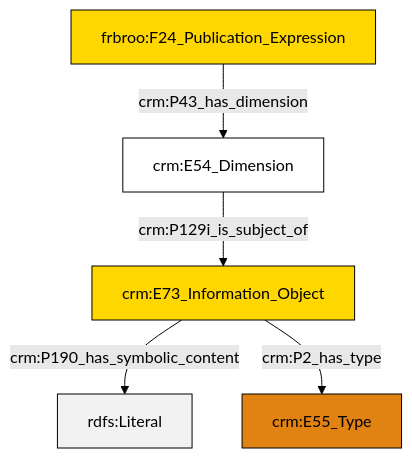
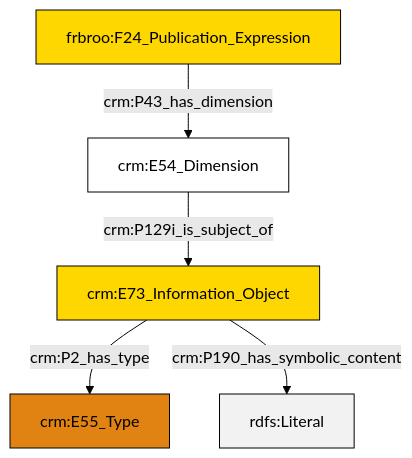
One commit to swiss-art-research-net/docs.swissartresearch changed the diagram in et/biblioCSV/ttl/mmd/biblio_substance.ttl.mmd. Above: the diagram before and after it, drawn with Mermaid (forest theme). The commit also changed 180 other files, not shown here.

```diff
--- a/et/biblioCSV/ttl/mmd/biblio_substance.ttl.mmd
+++ b/et/biblioCSV/ttl/mmd/biblio_substance.ttl.mmd
@@ -1,19 +1,19 @@
 graph TD
 classDef Literal fill:#f2f2f2,stroke:#000000;
 classDef CRM_Entity fill:#FFFFFF,stroke:#000000;
 classDef Temporal_Entity fill:#00C9E6, stroke:#000000;
 classDef Type fill:#E18312, stroke:#000000;
 classDef Time-Span fill:#2C9C91, stroke:#000000;
 classDef Appellation fill:#FFEB7F, stroke:#000000;
 classDef Place fill:#008836, stroke:#000000;
 classDef Persistent_Item fill:#B266B2, stroke:#000000;
 classDef Conceptual_Object fill:#FFD700, stroke:#000000;
 classDef Physical_Thing fill:#D2B48C, stroke:#000000;
 classDef Actor fill:#f58aad, stroke:#000000;
 classDef PC_Classes fill:#4ce600, stroke:#000000;
 classDef Multi fill:#cccccc,stroke:#000000;
 
-0["crm:E73_Information_Object"]:::Conceptual_Object -->|crm:P190_has_symbolic_content| 2[rdfs:Literal]:::Literal
-0["crm:E73_Information_Object"]:::Conceptual_Object -->|crm:P2_has_type| 5["crm:E55_Type"]:::Type
-3["frbroo:F24_Publication_Expression"]:::Conceptual_Object -->|crm:P43_has_dimension| 6["crm:E54_Dimension"]:::CRM_Entity
-6["crm:E54_Dimension"]:::CRM_Entity -->|crm:P129i_is_subject_of| 0["crm:E73_Information_Object"]:::Conceptual_Object
+2["crm:E73_Information_Object"]:::Conceptual_Object -->|crm:P2_has_type| 3["crm:E55_Type"]:::Type
+0["frbroo:F24_Publication_Expression"]:::Conceptual_Object -->|crm:P43_has_dimension| 4["crm:E54_Dimension"]:::CRM_Entity
+2["crm:E73_Information_Object"]:::Conceptual_Object -->|crm:P190_has_symbolic_content| 5[rdfs:Literal]:::Literal
+4["crm:E54_Dimension"]:::CRM_Entity -->|crm:P129i_is_subject_of| 2["crm:E73_Information_Object"]:::Conceptual_Object
```
